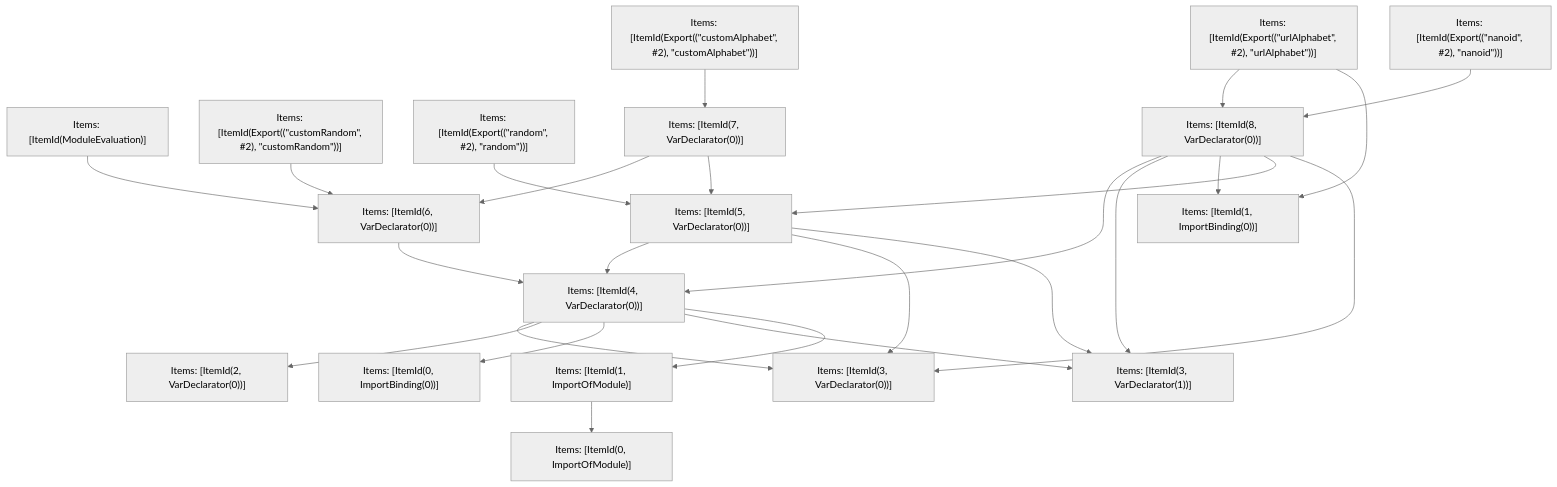
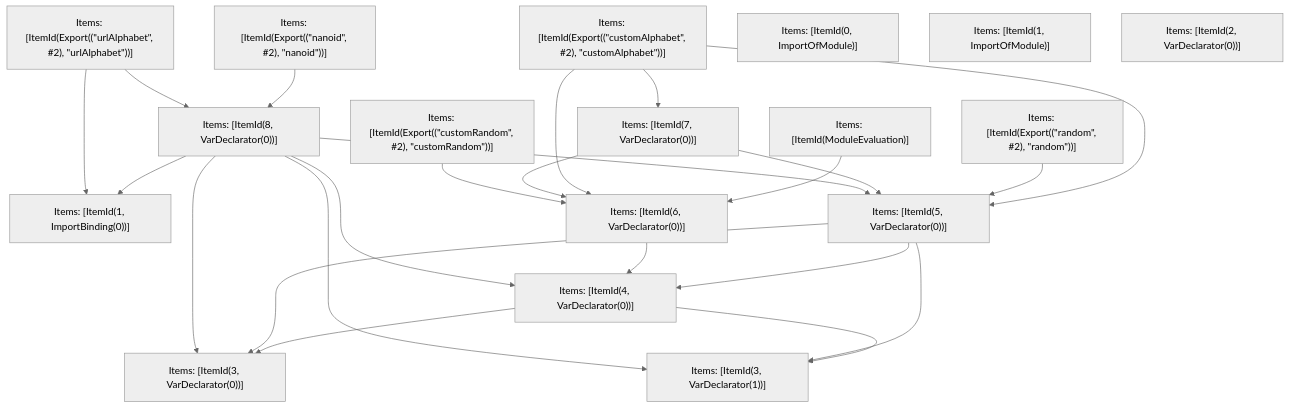
The fifth of 5 diagrams in turbopack/crates/turbopack-ecmascript/tests/tree-shaker/analyzer/nanoid/output.md (Sonar-UX-Testing-FreePlan/next.js), drawn with Mermaid (neutral theme) before and after one commit. The commit also changed other lines of this file and 38 other files, not shown here.

````diff
--- a/turbopack/crates/turbopack-ecmascript/tests/tree-shaker/analyzer/nanoid/output.md
+++ b/turbopack/crates/turbopack-ecmascript/tests/tree-shaker/analyzer/nanoid/output.md
@@ -349,45 +349,42 @@
 ```mermaid
 graph TD
     N0["Items: [ItemId(ModuleEvaluation)]"];
     N1["Items: [ItemId(Export((&quot;customAlphabet&quot;, #2), &quot;customAlphabet&quot;))]"];
     N2["Items: [ItemId(Export((&quot;customRandom&quot;, #2), &quot;customRandom&quot;))]"];
     N3["Items: [ItemId(Export((&quot;nanoid&quot;, #2), &quot;nanoid&quot;))]"];
     N4["Items: [ItemId(Export((&quot;random&quot;, #2), &quot;random&quot;))]"];
     N5["Items: [ItemId(Export((&quot;urlAlphabet&quot;, #2), &quot;urlAlphabet&quot;))]"];
-    N6["Items: [ItemId(0, ImportOfModule)]"];
-    N7["Items: [ItemId(0, ImportBinding(0))]"];
-    N8["Items: [ItemId(1, ImportOfModule)]"];
-    N9["Items: [ItemId(1, ImportBinding(0))]"];
-    N10["Items: [ItemId(2, VarDeclarator(0))]"];
-    N11["Items: [ItemId(3, VarDeclarator(0))]"];
-    N12["Items: [ItemId(3, VarDeclarator(1))]"];
-    N13["Items: [ItemId(4, VarDeclarator(0))]"];
-    N14["Items: [ItemId(5, VarDeclarator(0))]"];
-    N15["Items: [ItemId(6, VarDeclarator(0))]"];
-    N16["Items: [ItemId(7, VarDeclarator(0))]"];
-    N17["Items: [ItemId(8, VarDeclarator(0))]"];
-    N8 --> N6;
-    N13 --> N11;
+    N6["Items: [ItemId(1, ImportBinding(0))]"];
+    N7["Items: [ItemId(3, VarDeclarator(0))]"];
+    N8["Items: [ItemId(3, VarDeclarator(1))]"];
+    N9["Items: [ItemId(4, VarDeclarator(0))]"];
+    N10["Items: [ItemId(5, VarDeclarator(0))]"];
+    N11["Items: [ItemId(6, VarDeclarator(0))]"];
+    N12["Items: [ItemId(7, VarDeclarator(0))]"];
+    N13["Items: [ItemId(8, VarDeclarator(0))]"];
+    N14["Items: [ItemId(0, ImportOfModule)]"];
+    N15["Items: [ItemId(1, ImportOfModule)]"];
+    N16["Items: [ItemId(2, VarDeclarator(0))]"];
+    N0 --> N11;
+    N9 --> N7;
+    N1 --> N10;
+    N1 --> N11;
+    N9 --> N8;
+    N4 --> N10;
+    N10 --> N9;
+    N10 --> N7;
+    N10 --> N8;
+    N11 --> N9;
+    N12 --> N11;
+    N12 --> N10;
+    N13 --> N9;
+    N13 --> N8;
+    N13 --> N6;
     N13 --> N10;
     N13 --> N7;
-    N13 --> N12;
-    N13 --> N8;
-    N14 --> N13;
-    N14 --> N11;
-    N14 --> N12;
-    N15 --> N13;
-    N16 --> N15;
-    N16 --> N14;
-    N17 --> N13;
-    N17 --> N12;
-    N17 --> N9;
-    N17 --> N14;
-    N17 --> N11;
-    N3 --> N17;
-    N1 --> N16;
-    N2 --> N15;
-    N5 --> N17;
-    N5 --> N9;
-    N4 --> N14;
-    N0 --> N15;
+    N3 --> N13;
+    N1 --> N12;
+    N2 --> N11;
+    N5 --> N13;
+    N5 --> N6;
 ```
````
